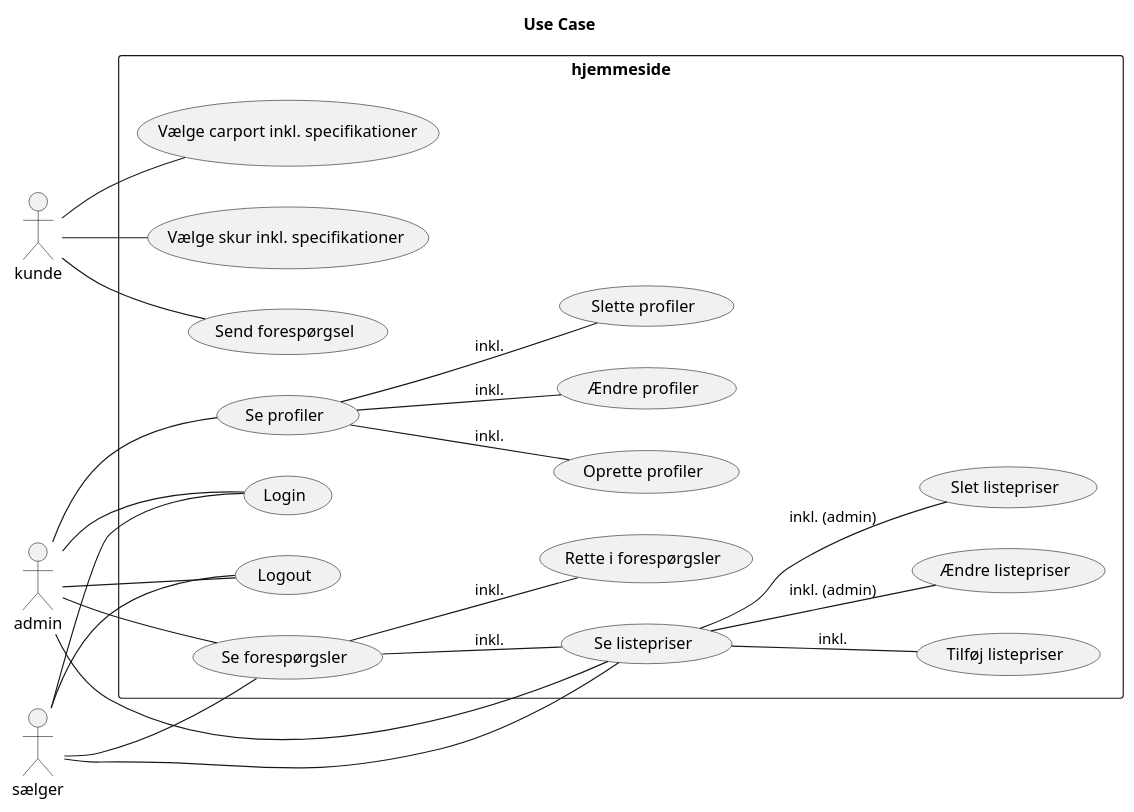
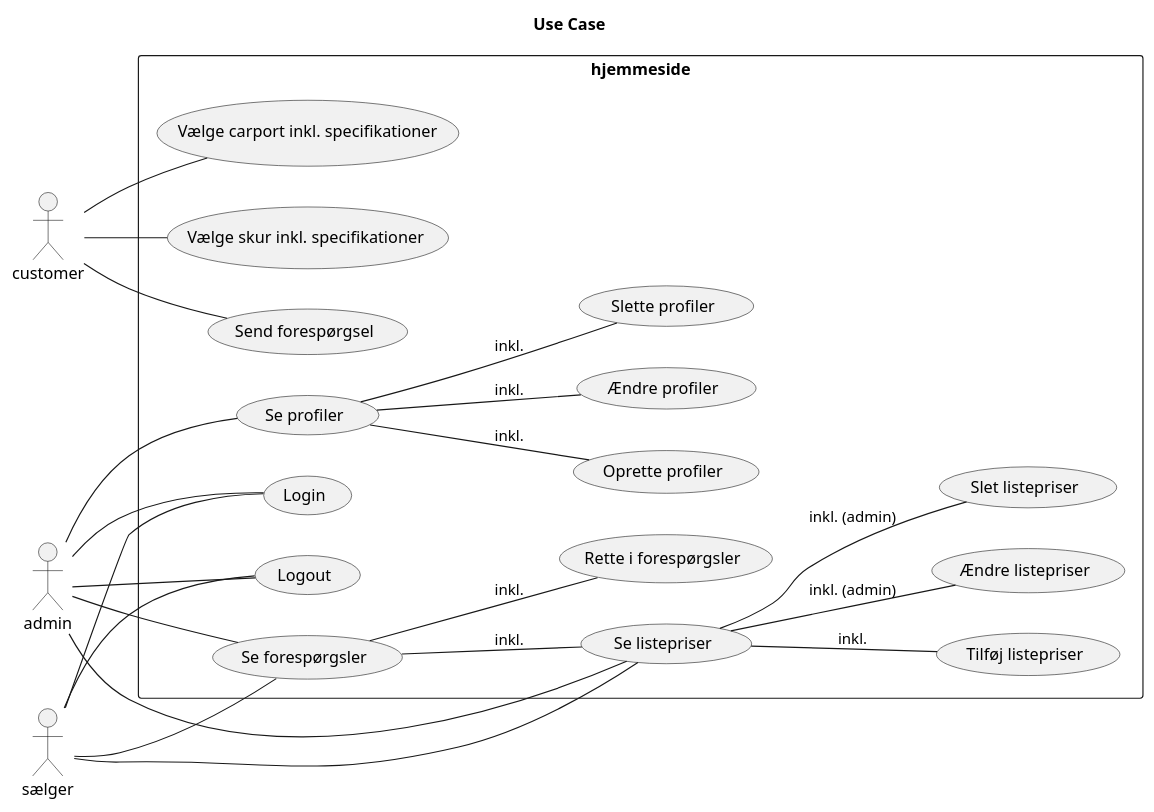
One commit to codergram/Fog changed the diagram in Documentation/UML/CupCake_User_Case.puml. Above: the diagram before and after it, drawn with PlantUML. The commit also changed 11 other files, not shown here.

```diff
--- a/Documentation/UML/CupCake_User_Case.puml
+++ b/Documentation/UML/CupCake_User_Case.puml
@@ -1,37 +1,37 @@
 @startuml
 Title Use Case
 left to right direction
 
-actor kunde
+actor customer
 actor sælger
 actor admin
 
 rectangle hjemmeside {
-    kunde -- (Vælge carport inkl. specifikationer)
-    kunde -- (Vælge skur inkl. specifikationer)
-    kunde -- (Send forespørgsel)
+    customer -- (Vælge carport inkl. specifikationer)
+    customer -- (Vælge skur inkl. specifikationer)
+    customer -- (Send forespørgsel)
 
 
     sælger -- (Login)
     sælger -- (Logout)
     sælger -- (Se forespørgsler)
     (Se forespørgsler) -- (Rette i forespørgsler) : inkl.
     (Se forespørgsler) -- (Se listepriser) : inkl.
     sælger -- (Se listepriser)
 
 
 
     admin -- (Login)
     admin -- (Logout)
     admin -- (Se profiler)
     (Se profiler) -- (Oprette profiler) : inkl.
     (Se profiler) -- (Ændre profiler) : inkl.
     (Se profiler) -- (Slette profiler) : inkl.
     admin -- (Se forespørgsler)
     admin -- (Se listepriser)
     (Se listepriser) -- (Tilføj listepriser) : inkl.
     (Se listepriser) -- (Ændre listepriser) : inkl. (admin)
     (Se listepriser) -- (Slet listepriser) : inkl. (admin)
 }
 
 @enduml
```
